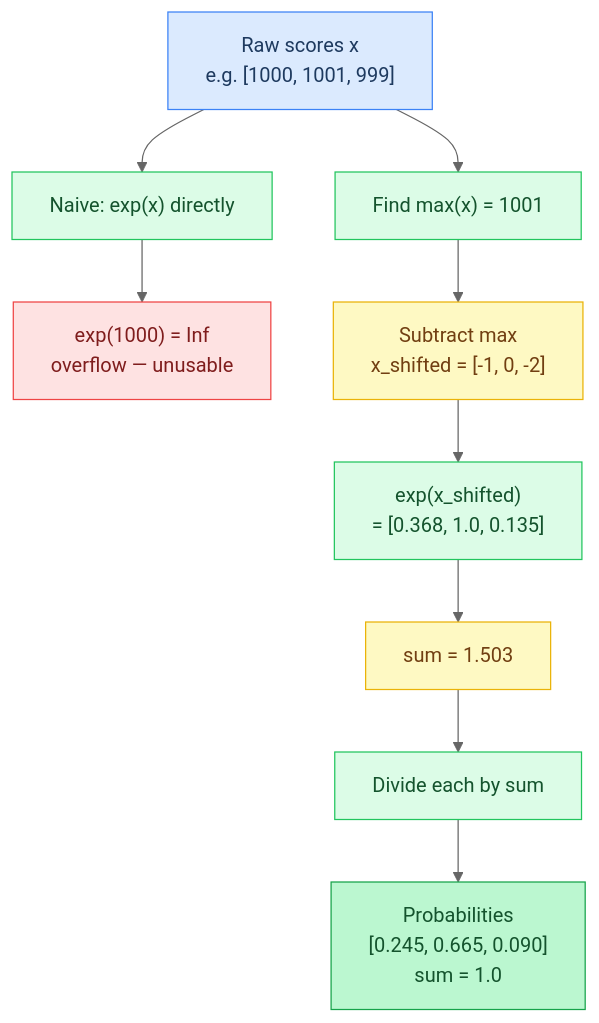
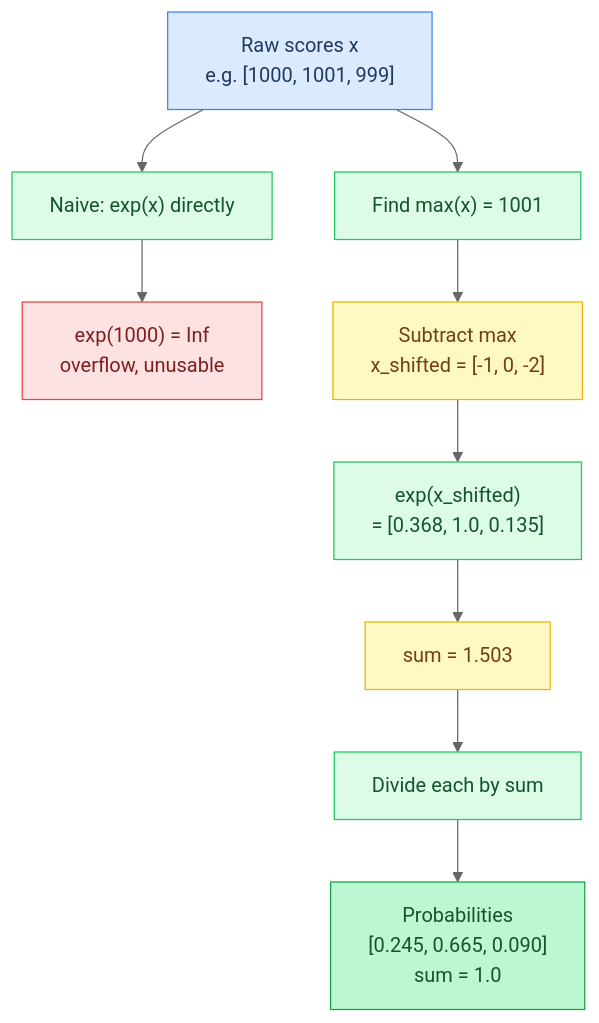
Before and after one commit to maci0/agave: the fourth of 9 diagrams in docs/tutorial/appendix-math.md, drawn with Mermaid (neutral theme). The commit also changed other lines of this file and 196 other files, not shown here.

````diff
--- a/docs/tutorial/appendix-math.md
+++ b/docs/tutorial/appendix-math.md
@@ -297,29 +297,29 @@
 ```mermaid
 flowchart TD
     classDef setup     fill:#dbeafe,stroke:#3b82f6,color:#1e3a5f
     classDef sync      fill:#dcfce7,stroke:#22c55e,color:#14532d
     classDef migration fill:#fef9c3,stroke:#eab308,color:#713f12
     classDef success   fill:#bbf7d0,stroke:#16a34a,color:#14532d
     classDef danger    fill:#fee2e2,stroke:#ef4444,color:#7f1d1d
     classDef optional  fill:#f3e8ff,stroke:#9333ea,color:#581c87
 
     Input["Raw scores x\ne.g. [1000, 1001, 999]"]:::setup
     Naive["Naive: exp(x) directly"]:::sync
-    Overflow["exp(1000) = Inf\noverflow — unusable"]:::danger
+    Overflow["exp(1000) = Inf\noverflow, unusable"]:::danger
     FindMax["Find max(x) = 1001"]:::sync
     Shift["Subtract max\nx_shifted = [-1, 0, -2]"]:::migration
     ExpSafe["exp(x_shifted)\n= [0.368, 1.0, 0.135]"]:::sync
     Sum["sum = 1.503"]:::migration
     Divide["Divide each by sum"]:::sync
     Probs["Probabilities\n[0.245, 0.665, 0.090]\nsum = 1.0"]:::success
 
     Input --> Naive
     Naive --> Overflow
 
     Input --> FindMax
     FindMax --> Shift
     Shift --> ExpSafe
     ExpSafe --> Sum
     Sum --> Divide
     Divide --> Probs
 ```
````
